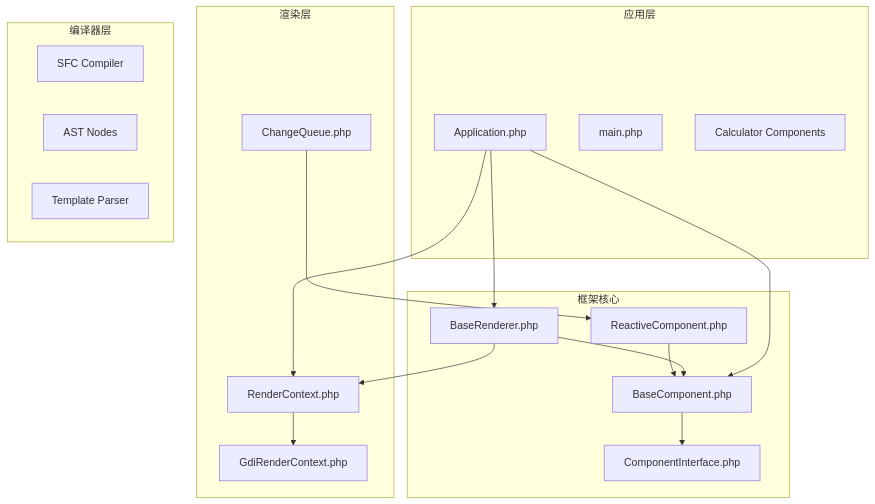
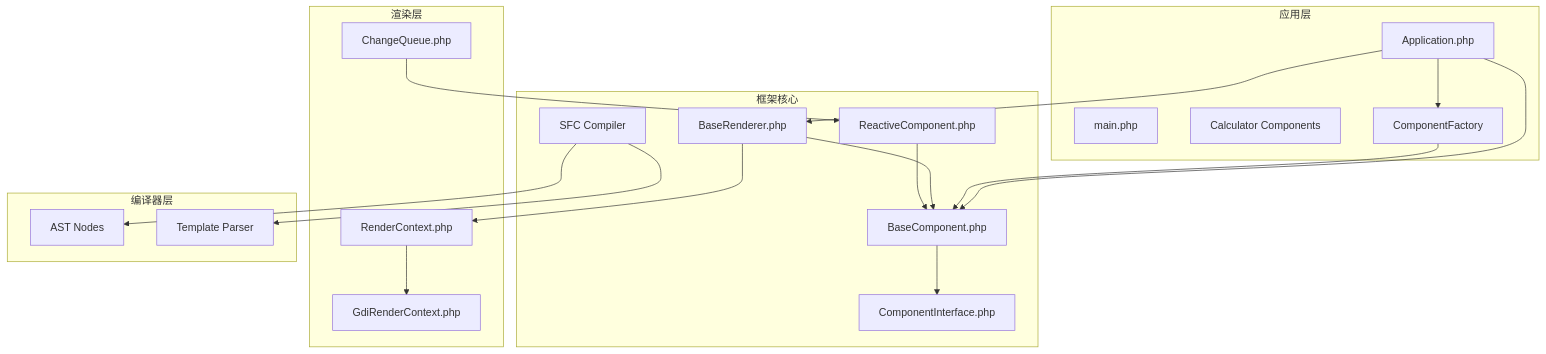
The first of 13 diagrams in .qoder/repowiki/zh/content/核心架构设计/组件系统设计.md (xingye00186/PUI), drawn with Mermaid before and after one commit. The commit also changed other lines of this file and 10 other files, not shown here.

````diff
--- a/.qoder/repowiki/zh/content/核心架构设计/组件系统设计.md
+++ b/.qoder/repowiki/zh/content/核心架构设计/组件系统设计.md
@@ -42,33 +59,37 @@
 ```mermaid
 graph TB
 subgraph "应用层"
 APP[Application.php]
 MAIN[main.php]
 COMPONENTS[Calculator Components]
+FACTORY[ComponentFactory]
 end
 subgraph "框架核心"
 BASECOMPONENT[BaseComponent.php]
 REACTIVECOMPONENT[ReactiveComponent.php]
 INTERFACE[ComponentInterface.php]
 RENDERER[BaseRenderer.php]
+COMPILER[SFC Compiler]
 end
 subgraph "渲染层"
 RENDERCONTEXT[RenderContext.php]
 GDIRENDER[GdiRenderContext.php]
 CHANGEQUEUE[ChangeQueue.php]
 end
 subgraph "编译器层"
-COMPILER[SFC Compiler]
 ASTNODES[AST Nodes]
-PARSER[Template Parser]
+TEMPLATEPARSER[Template Parser]
 end
+APP --> FACTORY
 APP --> BASECOMPONENT
 APP --> RENDERER
-APP --> RENDERCONTEXT
+FACTORY --> BASECOMPONENT
 RENDERER --> RENDERCONTEXT
 RENDERER --> BASECOMPONENT
 BASECOMPONENT --> INTERFACE
 REACTIVECOMPONENT --> BASECOMPONENT
 RENDERCONTEXT --> GDIRENDER
 CHANGEQUEUE --> REACTIVECOMPONENT
+COMPILER --> TEMPLATEPARSER
+COMPILER --> ASTNODES
 ```
````
